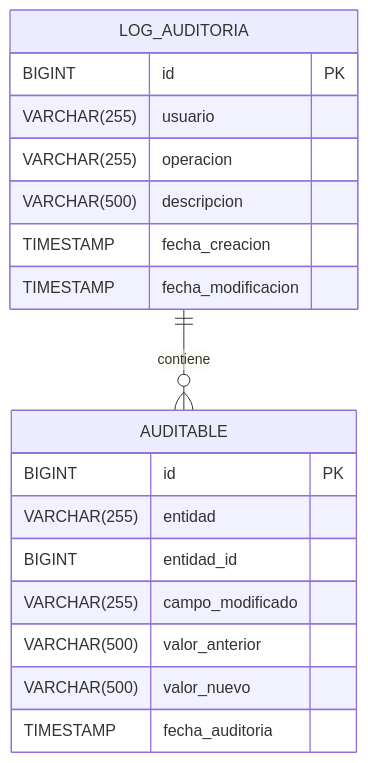
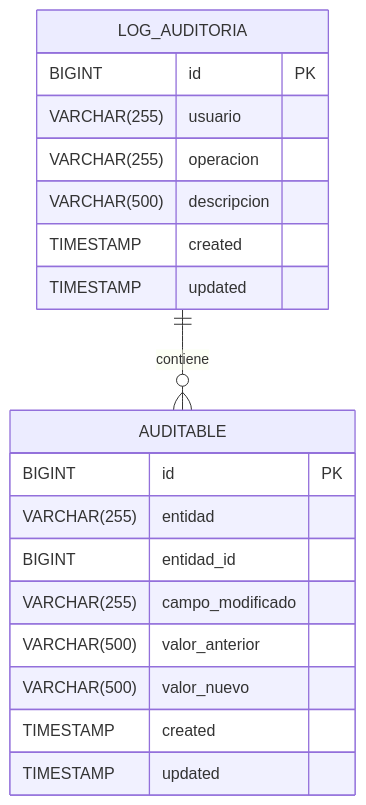
Before and after one commit to UM-services/UM.haberes.auditoria-service: the diagram in docs/diagrams/erd-database.mmd, drawn with Mermaid. The commit also changed 5 other files, not shown here.

```diff
--- a/docs/diagrams/erd-database.mmd
+++ b/docs/diagrams/erd-database.mmd
@@ -1,21 +1,22 @@
 erDiagram
     LOG_AUDITORIA {
         BIGINT id PK
         VARCHAR(255) usuario
         VARCHAR(255) operacion
         VARCHAR(500) descripcion
-        TIMESTAMP fecha_creacion
-        TIMESTAMP fecha_modificacion
+        TIMESTAMP created
+        TIMESTAMP updated
     }
 
     AUDITABLE {
         BIGINT id PK
         VARCHAR(255) entidad
         BIGINT entidad_id
         VARCHAR(255) campo_modificado
         VARCHAR(500) valor_anterior
         VARCHAR(500) valor_nuevo
-        TIMESTAMP fecha_auditoria
+        TIMESTAMP created
+        TIMESTAMP updated
     }
 
     LOG_AUDITORIA ||--o{ AUDITABLE : contiene
```
